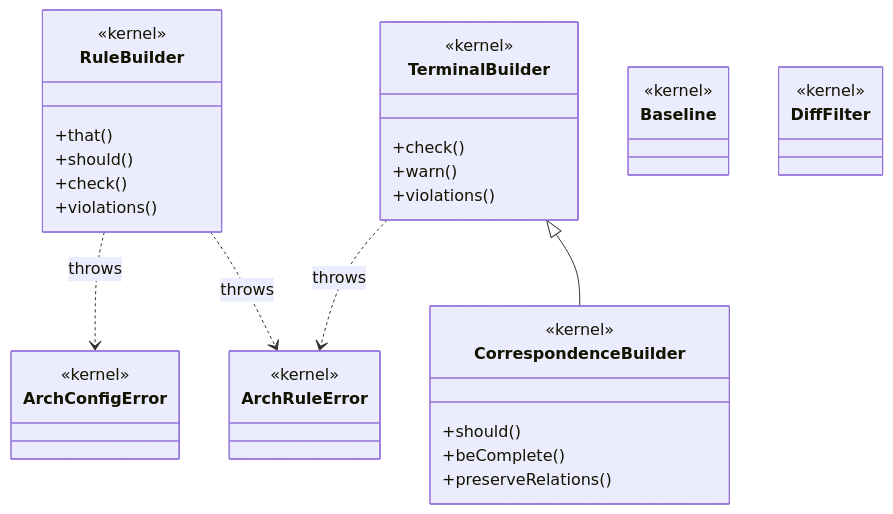
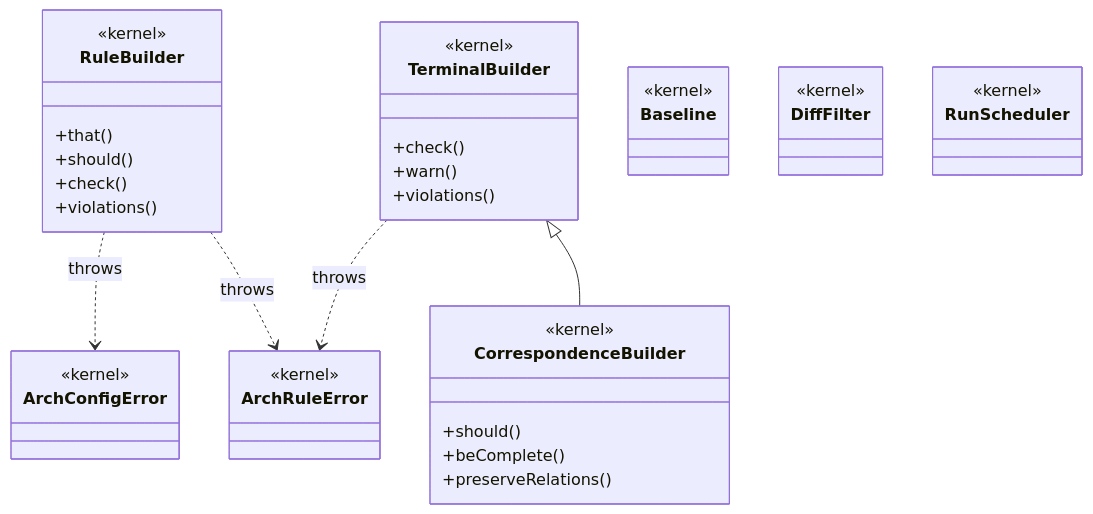
Before and after one commit to nielspeter/eess: the diagram in docs/architecture.md, drawn with Mermaid. The commit also changed 7 other files, not shown here.

First line of the commit message:
refactor(core,mermaid,ts): unify the watch loop, fixing a bug it hid

````diff
--- a/docs/architecture.md
+++ b/docs/architecture.md
@@ -5,45 +5,49 @@
 ```mermaid
 classDiagram
 class RuleBuilder {
   <<kernel>>
   +that()
   +should()
   +check()
   +violations()
 }
 
 class TerminalBuilder {
   <<kernel>>
   +check()
   +warn()
   +violations()
 }
 
 class CorrespondenceBuilder {
   <<kernel>>
   +should()
   +beComplete()
   +preserveRelations()
 }
 
 class Baseline {
   <<kernel>>
 }
 
 class DiffFilter {
   <<kernel>>
 }
 
 class ArchRuleError {
   <<kernel>>
 }
 
 class ArchConfigError {
   <<kernel>>
 }
 
+class RunScheduler {
+  <<kernel>>
+}
+
 TerminalBuilder <|-- CorrespondenceBuilder
 RuleBuilder ..> ArchRuleError : throws
 TerminalBuilder ..> ArchRuleError : throws
 RuleBuilder ..> ArchConfigError : throws
 ```
````
